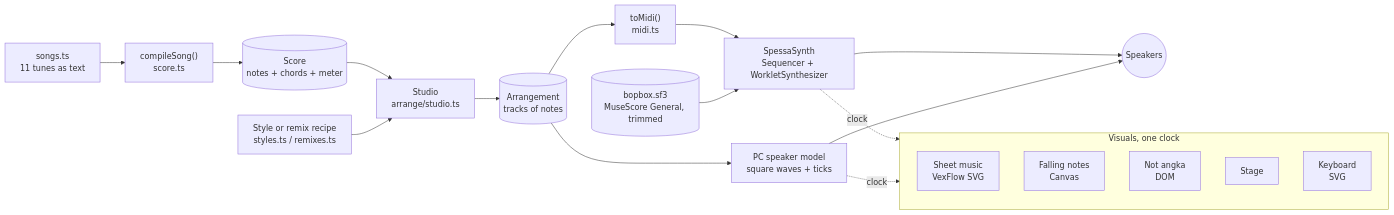
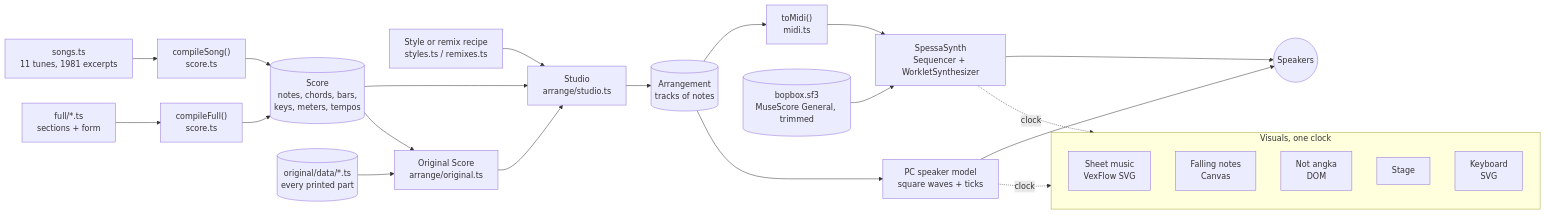
The first of 2 diagrams in docs/music/PORT-ARCHITECTURE.md (agunawijaya/any-key), drawn with Mermaid before and after one commit. The commit also changed other lines of this file and 56 other files, not shown here.

First line of the commit message:
Bop Box: full versions, Hip-hop and the Original Score

````diff
--- a/docs/music/PORT-ARCHITECTURE.md
+++ b/docs/music/PORT-ARCHITECTURE.md
@@ -28,23 +30,28 @@
 ```mermaid
 flowchart LR
-    SRC["songs.ts<br/>11 tunes as text"] --> COMPILE["compileSong()<br/>score.ts"]
-    COMPILE --> SCORE[("Score<br/>notes + chords + meter")]
+    SRC["songs.ts<br/>11 tunes, 1981 excerpts"] --> COMPILE["compileSong()<br/>score.ts"]
+    FULL["full/*.ts<br/>sections + form"] --> COMPILEF["compileFull()<br/>score.ts"]
+    COMPILE --> SCORE[("Score<br/>notes, chords, bars,<br/>keys, meters, tempos")]
+    COMPILEF --> SCORE
     SCORE --> STUDIO["Studio<br/>arrange/studio.ts"]
     STYLE["Style or remix recipe<br/>styles.ts / remixes.ts"] --> STUDIO
+    PARTS[("original/data/*.ts<br/>every printed part")] --> ORIG["Original Score<br/>arrange/original.ts"]
+    SCORE --> ORIG
+    ORIG --> STUDIO
     STUDIO --> ARR[("Arrangement<br/>tracks of notes")]
     ARR --> MIDI["toMidi()<br/>midi.ts"]
     MIDI --> SEQ["SpessaSynth<br/>Sequencer + WorkletSynthesizer"]
     SF[("bopbox.sf3<br/>MuseScore General, trimmed")] --> SEQ
     ARR --> PC81["PC speaker model<br/>square waves + ticks"]
     SEQ --> OUT(("Speakers"))
     PC81 --> OUT
     SEQ -. clock .-> VIEWS
     PC81 -. clock .-> VIEWS
     subgraph VIEWS["Visuals, one clock"]
         SHEET["Sheet music<br/>VexFlow SVG"]
         FALL["Falling notes<br/>Canvas"]
         ANGKA["Not angka<br/>DOM"]
         STAGE["Stage"]
         KEYS["Keyboard<br/>SVG"]
     end
 ```
````
